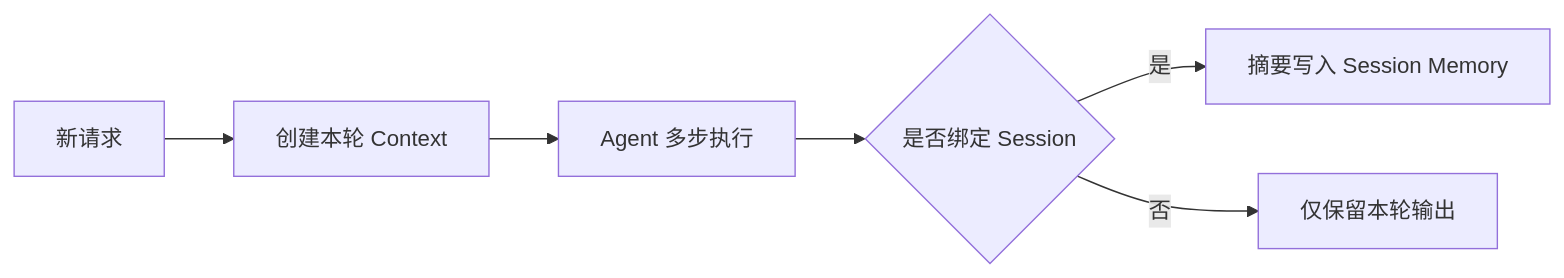
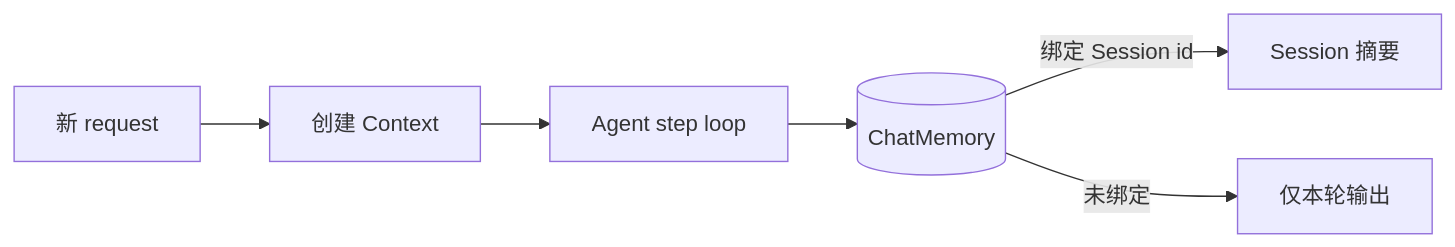
Diagram 12 of 13 in core/docs/AGENT-FLOW.md (jixie-wish/Janus), drawn with Mermaid before and after one commit. The commit also changed other lines of this file and 24 other files, not shown here.

````diff
--- a/core/docs/AGENT-FLOW.md
+++ b/core/docs/AGENT-FLOW.md
@@ -141,8 +325,8 @@
 ```mermaid
 flowchart LR
-    U[新请求] --> C[创建本轮 Context]
-    C --> R[Agent 多步执行]
-    R --> S{是否绑定 Session}
-    S -->|是| M[摘要写入 Session Memory]
-    S -->|否| E[仅保留本轮输出]
+    U[新 request] --> C[创建 Context]
+    C --> R[Agent step loop]
+    R --> M[(ChatMemory)]
+    M -->|绑定 Session id| S[Session 摘要]
+    M -->|未绑定| E[仅本轮输出]
 ```
````
